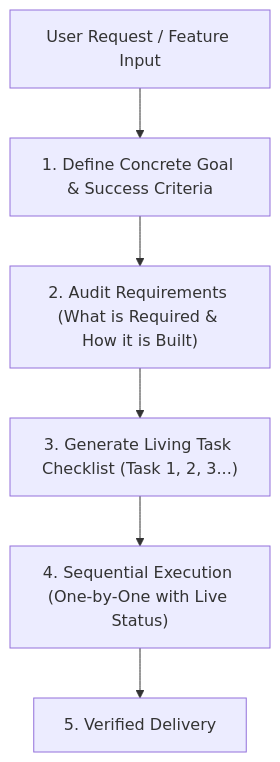
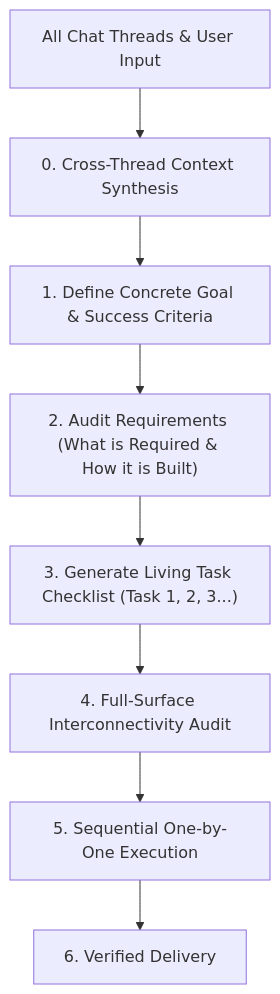
The diagram in README.md (parinkukadia55/zero-guess-debugger), drawn with Mermaid before and after one commit. The commit also changed other lines of this file and 5 other files, not shown here.

Commit message:
feat: add cross-thread context synthesis, dual-theme styling audit, and cross-panel interconnectivity (admin <-> home)

````diff
--- a/README.md
+++ b/README.md
@@ -30,8 +38,10 @@
 ```mermaid
 flowchart TD
-    User["User Request / Feature Input"] --> Goal["1. Define Concrete Goal & Success Criteria"]
+    Chat["All Chat Threads & User Input"] --> Context["0. Cross-Thread Context Synthesis"]
+    Context --> Goal["1. Define Concrete Goal & Success Criteria"]
     Goal --> Req["2. Audit Requirements (What is Required & How it is Built)"]
     Req --> Tasks["3. Generate Living Task Checklist (Task 1, 2, 3...)"]
-    Tasks --> Exec["4. Sequential Execution (One-by-One with Live Status)"]
-    Exec --> Done["5. Verified Delivery"]
+    Tasks --> Inter["4. Full-Surface Interconnectivity Audit"]
+    Inter --> Exec["5. Sequential One-by-One Execution"]
+    Exec --> Done["6. Verified Delivery"]
 ```
````
